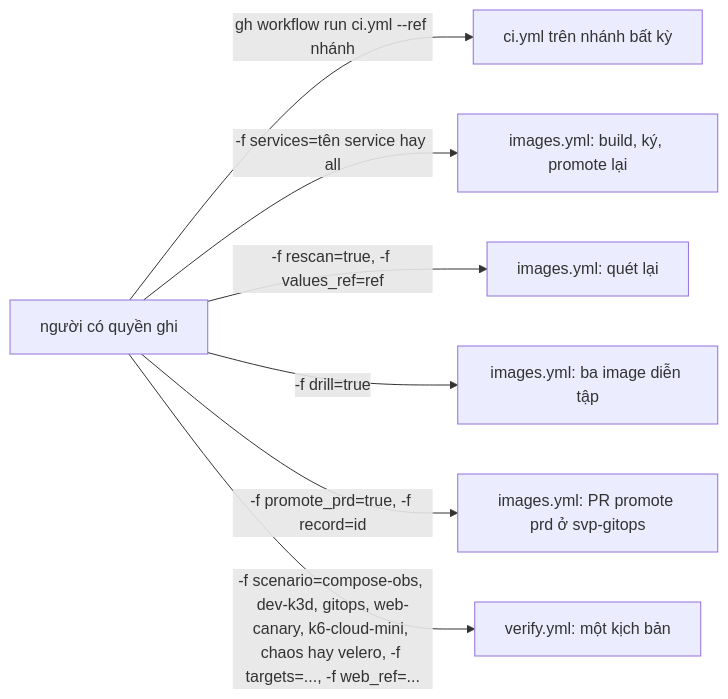
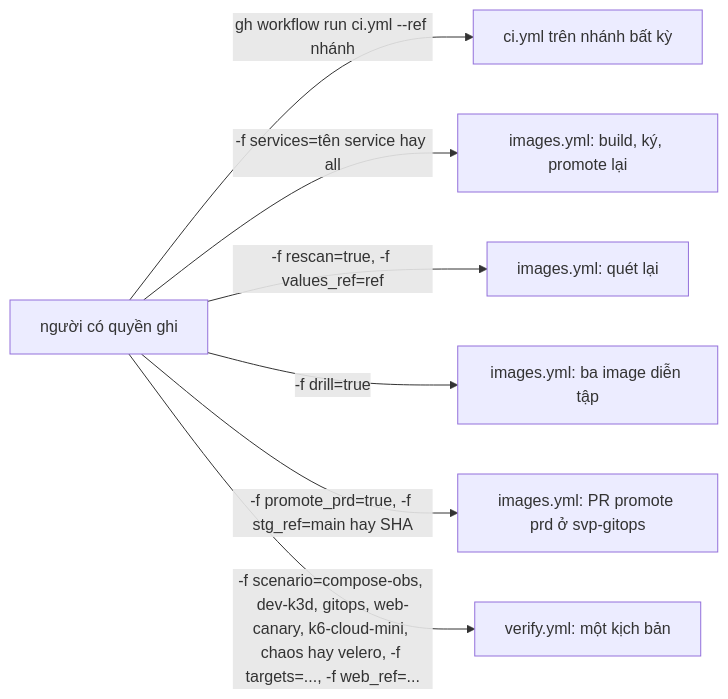
One commit to anhnvcoder/svp-backend changed the fourth of 5 diagrams in docs/ci-cd.md. Above: the diagram before and after it, drawn with Mermaid. The commit also changed other lines of this file and 36 other files, not shown here.

````diff
--- a/docs/ci-cd.md
+++ b/docs/ci-cd.md
@@ -121,10 +123,10 @@
 ```mermaid
 flowchart LR
     who["người có quyền ghi"]
     who -->|"gh workflow run ci.yml --ref nhánh"| ci["ci.yml trên nhánh bất kỳ"]
     who -->|"-f services=tên service hay all"| b["images.yml: build, ký, promote lại"]
     who -->|"-f rescan=true, -f values_ref=ref"| r["images.yml: quét lại"]
     who -->|"-f drill=true"| d["images.yml: ba image diễn tập"]
-    who -->|"-f promote_prd=true, -f record=id"| p["images.yml: PR promote prd ở svp-gitops"]
+    who -->|"-f promote_prd=true, -f stg_ref=main hay SHA"| p["images.yml: PR promote prd ở svp-gitops"]
     who -->|"-f scenario=compose-obs, dev-k3d, gitops, web-canary, k6-cloud-mini, chaos hay velero, -f targets=..., -f web_ref=..."| v["verify.yml: một kịch bản"]
 ```
````
